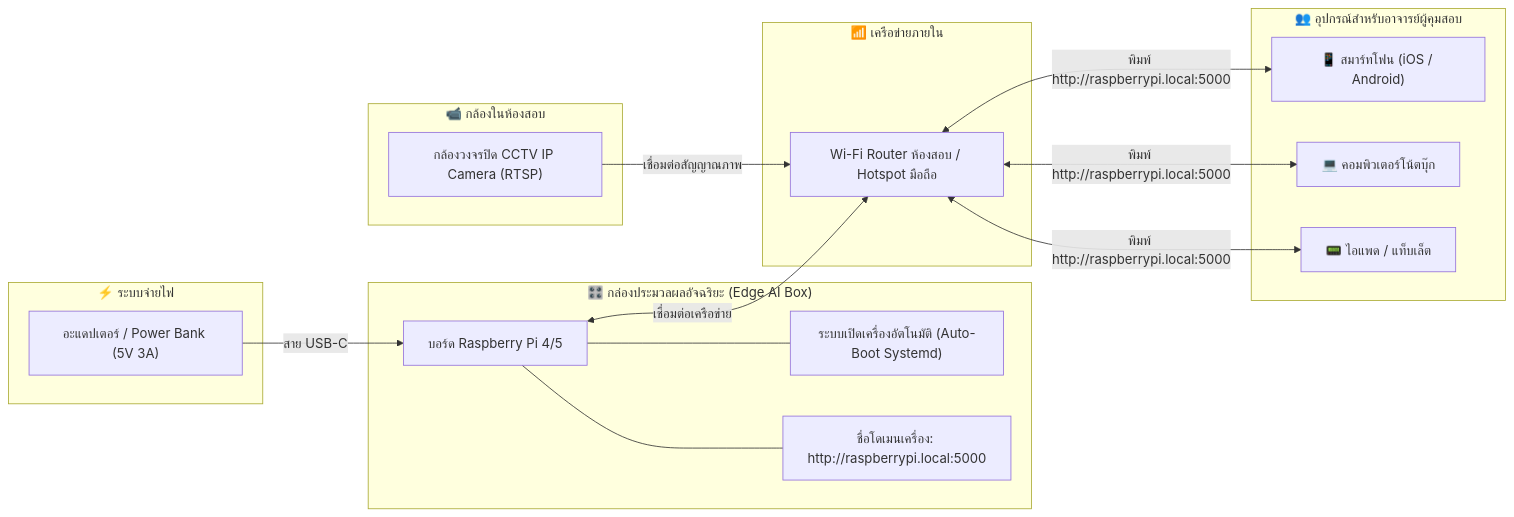
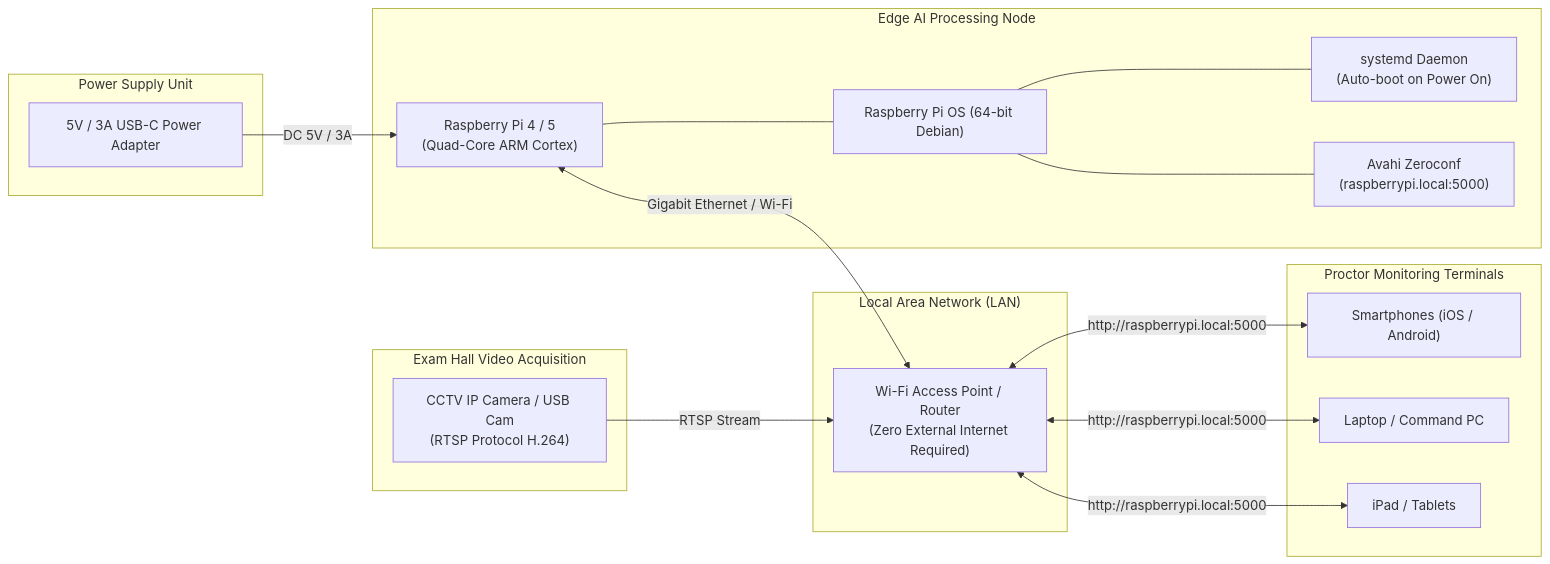
The third of 3 diagrams in DIAGRAMS.md (wosangxr/Project-CiRA-CORE), drawn with Mermaid before and after one commit. The commit also changed other lines of this file, not shown here.

Commit message:
refactor: Update diagrams to English-only, remove seat mapping, and highlight specific technologies

````diff
--- a/DIAGRAMS.md
+++ b/DIAGRAMS.md
@@ -109,35 +104,38 @@
 ```mermaid
 flowchart LR
-    subgraph PowerStation["⚡ ระบบจ่ายไฟ"]
-        Adapter["อะแดปเตอร์ / Power Bank (5V 3A)"]
+    subgraph PowerStation["Power Supply Unit"]
+        PSU["5V / 3A USB-C Power Adapter"]
     end
 
-    subgraph EdgeDevice["🎛️ กล่องประมวลผลอัจฉริยะ (Edge AI Box)"]
-        Pi["บอร์ด Raspberry Pi 4/5"]
-        AutoBoot["ระบบเปิดเครื่องอัตโนมัติ (Auto-Boot Systemd)"]
-        mDNS["ชื่อโดเมนเครื่อง: http://raspberrypi.local:5000"]
-        Pi --- AutoBoot
-        Pi --- mDNS
+    subgraph EdgeNode["Edge AI Processing Node"]
+        RPI["Raspberry Pi 4 / 5<br/>(Quad-Core ARM Cortex)"]
+        OS["Raspberry Pi OS (64-bit Debian)"]
+        AutoService["systemd Daemon<br/>(Auto-boot on Power On)"]
+        mDNS["Avahi Zeroconf<br/>(raspberrypi.local:5000)"]
+        
+        RPI --- OS
+        OS --- AutoService
+        OS --- mDNS
     end
 
-    subgraph Cameras["📹 กล้องในห้องสอบ"]
-        CCTV["กล้องวงจรปิด CCTV IP Camera (RTSP)"]
+    subgraph VideoSource["Exam Hall Video Acquisition"]
+        CAM["CCTV IP Camera / USB Cam<br/>(RTSP Protocol H.264)"]
     end
 
-    subgraph LocalNetwork["📶 เครือข่ายภายใน"]
-        Router["Wi-Fi Router ห้องสอบ / Hotspot มือถือ"]
+    subgraph LocalLAN["Local Area Network (LAN)"]
+        Router["Wi-Fi Access Point / Router<br/>(Zero External Internet Required)"]
     end
 
-    subgraph UserDevices["👥 อุปกรณ์สำหรับอาจารย์ผู้คุมสอบ"]
-        Mobile["📱 สมาร์ทโฟน (iOS / Android)"]
-        Laptop["💻 คอมพิวเตอร์โน้ตบุ๊ก"]
-        Tablet["📟 ไอแพด / แท็บเล็ต"]
+    subgraph ClientDevices["Proctor Monitoring Terminals"]
+        Mobile["Smartphones (iOS / Android)"]
+        PC["Laptop / Command PC"]
+        Tablet["iPad / Tablets"]
     end
 
-    Adapter -->|สาย USB-C| Pi
-    CCTV -->|เชื่อมต่อสัญญาณภาพ| Router
-    Pi <-->|เชื่อมต่อเครือข่าย| Router
-    Router <-->|พิมพ์ http://raspberrypi.local:5000| Mobile
-    Router <-->|พิมพ์ http://raspberrypi.local:5000| Laptop
-    Router <-->|พิมพ์ http://raspberrypi.local:5000| Tablet
+    PSU -->|DC 5V / 3A| RPI
+    CAM -->|RTSP Stream| Router
+    RPI <-->|Gigabit Ethernet / Wi-Fi| Router
+    Router <-->|http://raspberrypi.local:5000| Mobile
+    Router <-->|http://raspberrypi.local:5000| PC
+    Router <-->|http://raspberrypi.local:5000| Tablet
 ```
````
